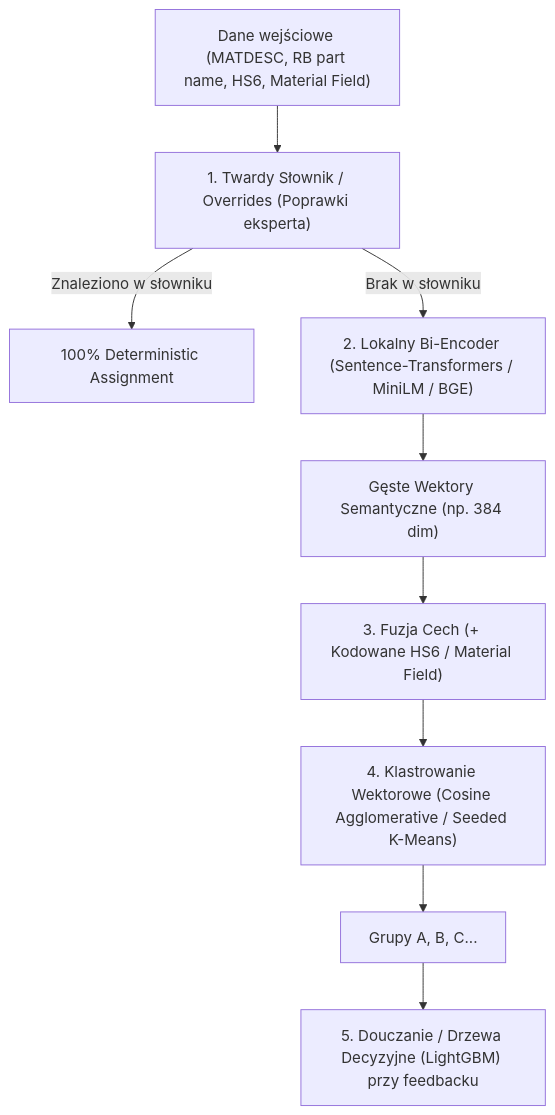
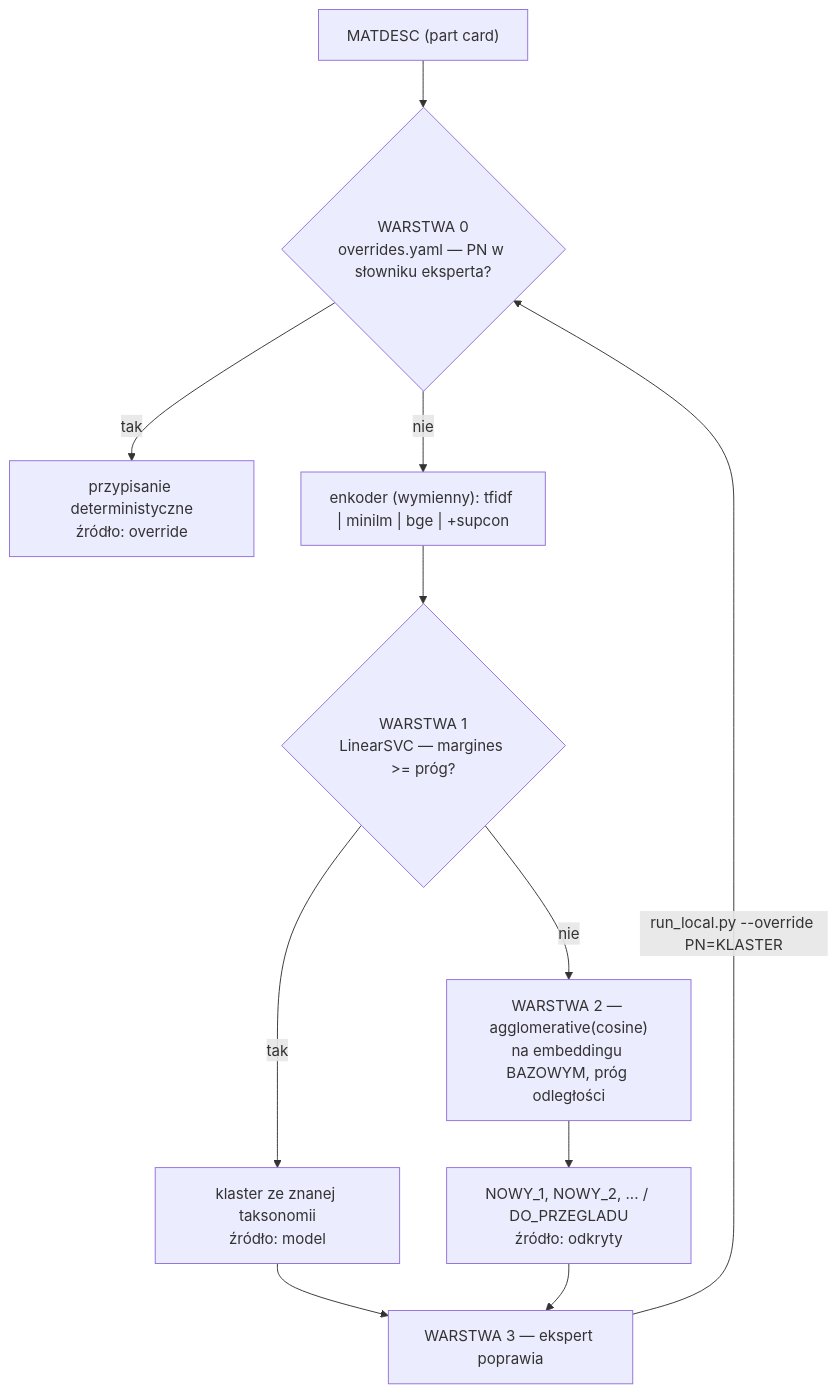
The diagram in agentic/ARCHITEKTURA_LOKALNA.md (AlexZby123/tariffs), drawn with Mermaid before and after one commit. The commit also changed other lines of this file and 6 other files, not shown here.

First line of the commit message:
Lokalne klastrowanie hybrydowe: warstwy override / klasyfikator / odkrywanie

````diff
--- a/agentic/ARCHITEKTURA_LOKALNA.md
+++ b/agentic/ARCHITEKTURA_LOKALNA.md
@@ -24,11 +69,13 @@
 ```mermaid
 flowchart TD
-    A["Dane wejściowe (MATDESC, RB part name, HS6, Material Field)"] --> B["1. Twardy Słownik / Overrides (Poprawki eksperta)"]
-    B -- "Znaleziono w słowniku" --> Z["100% Deterministic Assignment"]
-    B -- "Brak w słowniku" --> C["2. Lokalny Bi-Encoder (Sentence-Transformers / MiniLM / BGE)"]
-    C --> D["Gęste Wektory Semantyczne (np. 384 dim)"]
-    D --> E["3. Fuzja Cech (+ Kodowane HS6 / Material Field)"]
-    E --> F["4. Klastrowanie Wektorowe (Cosine Agglomerative / Seeded K-Means)"]
-    F --> G["Grupy A, B, C..."]
-    G --> H["5. Douczanie / Drzewa Decyzyjne (LightGBM) przy feedbacku"]
+    A["MATDESC (part card)"] --> B{"WARSTWA 0<br/>overrides.yaml — PN w słowniku eksperta?"}
+    B -- tak --> Z["przypisanie deterministyczne<br/>źródło: override"]
+    B -- nie --> C["enkoder (wymienny): tfidf | minilm | bge | +supcon"]
+    C --> D{"WARSTWA 1<br/>LinearSVC — margines >= próg?"}
+    D -- tak --> E["klaster ze znanej taksonomii<br/>źródło: model"]
+    D -- nie --> F["WARSTWA 2 — agglomerative(cosine)<br/>na embeddingu BAZOWYM, próg odległości"]
+    F --> G["NOWY_1, NOWY_2, ... / DO_PRZEGLADU<br/>źródło: odkryty"]
+    E --> H["WARSTWA 3 — ekspert poprawia"]
+    G --> H
+    H -- "run_local.py --override PN=KLASTER" --> B
 ```
````
